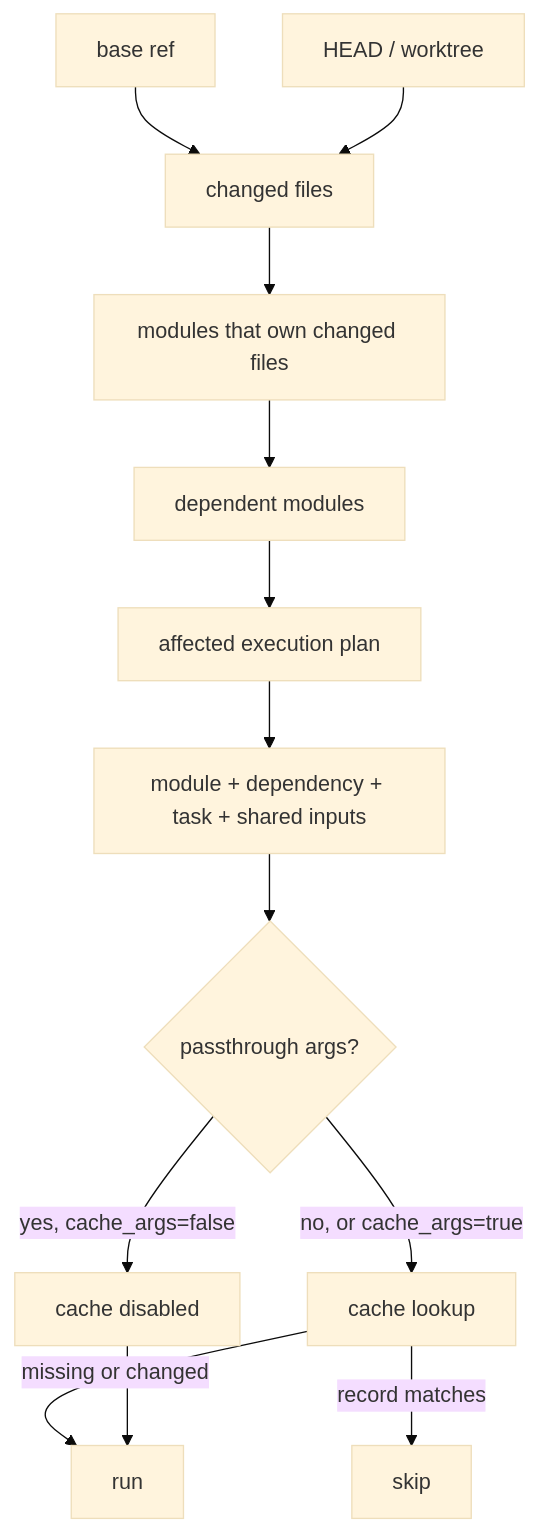
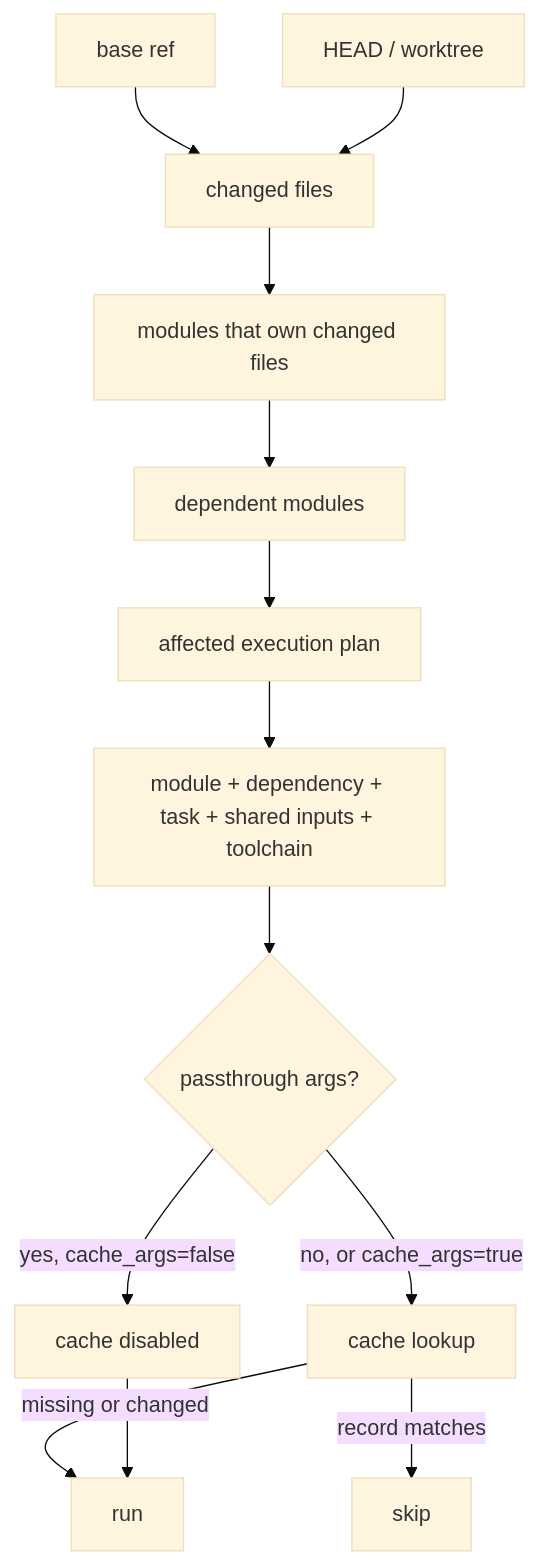
Before and after one commit to kbukum/toven: the fourth of 4 diagrams in docs/architecture.md, drawn with Mermaid (base theme). The commit also changed other lines of this file and 13 other files, not shown here.

````diff
--- a/docs/architecture.md
+++ b/docs/architecture.md
@@ -135,16 +127,16 @@
 ```mermaid
 flowchart TD
     Base["base ref"] --> Diff["changed files"]
     Worktree["HEAD / worktree"] --> Diff
     Diff --> Owners["modules that own changed files"]
     Owners --> Closure["dependent modules"]
     Closure --> Plan["affected execution plan"]
 
-    Plan --> Inputs["module + dependency + task + shared inputs"]
+    Plan --> Inputs["module + dependency + task + shared inputs + toolchain"]
     Inputs --> Args{"passthrough args?"}
     Args -->|"yes, cache_args=false"| Disabled["cache disabled"]
     Args -->|"no, or cache_args=true"| Lookup["cache lookup"]
     Lookup -->|"record matches"| Hit["skip"]
     Lookup -->|"missing or changed"| Miss["run"]
     Disabled --> Miss
 ```
````
